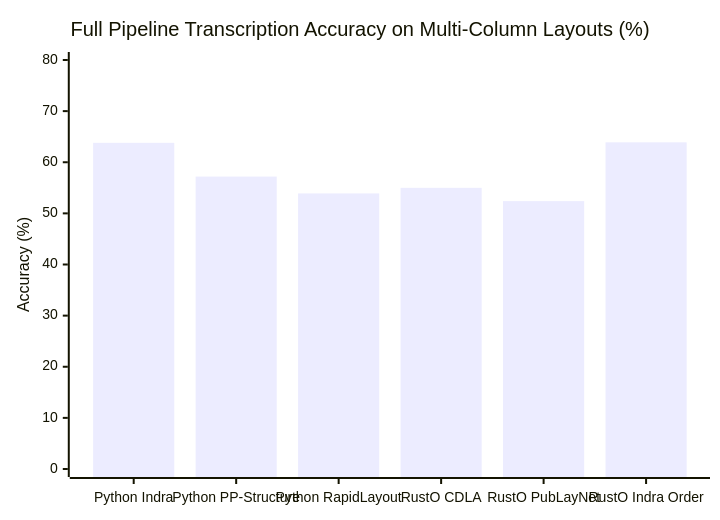
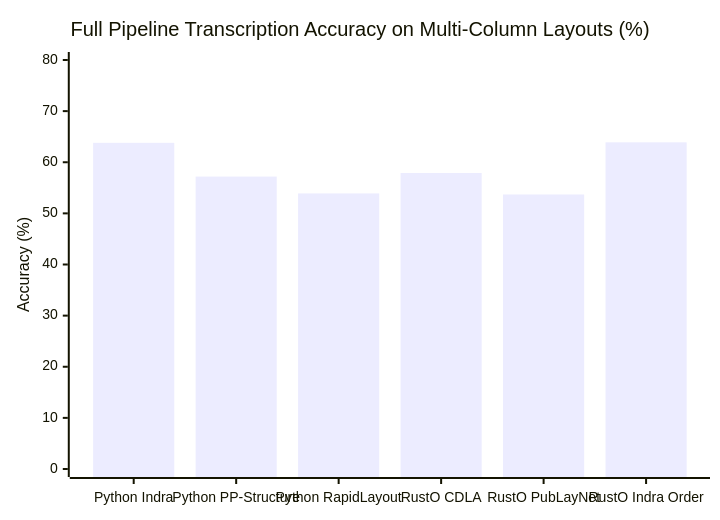
One commit to byrizki/rusto-rs changed the fourth of 5 diagrams in benchmarks/omnidocbench/OMNIDOCBENCH_EVALUATION_REPORT.md. Above: the diagram before and after it, drawn with Mermaid. The commit also changed other lines of this file and 131 other files, not shown here.

````diff
--- a/benchmarks/omnidocbench/OMNIDOCBENCH_EVALUATION_REPORT.md
+++ b/benchmarks/omnidocbench/OMNIDOCBENCH_EVALUATION_REPORT.md
@@ -98,7 +122,7 @@
 ```mermaid
 xychart-beta
     title "Full Pipeline Transcription Accuracy on Multi-Column Layouts (%)"
     x-axis ["Python Indra", "Python PP-Structure", "Python RapidLayout", "RustO CDLA", "RustO PubLayNet", "RustO Indra Order"]
     y-axis "Accuracy (%)" 0 --> 80
-    bar [63.8, 57.2, 53.9, 55.0, 52.4, 63.9]
+    bar [63.8, 57.2, 53.9, 57.9, 53.7, 63.9]
 ```
````
